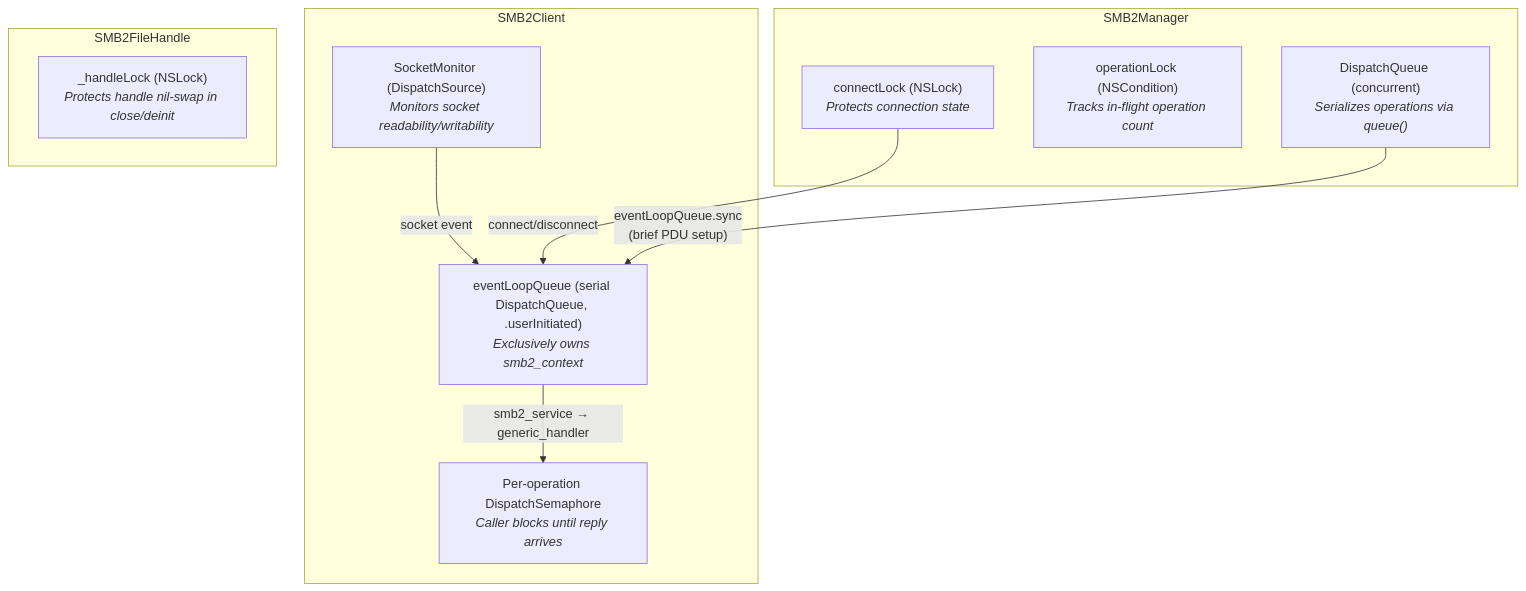
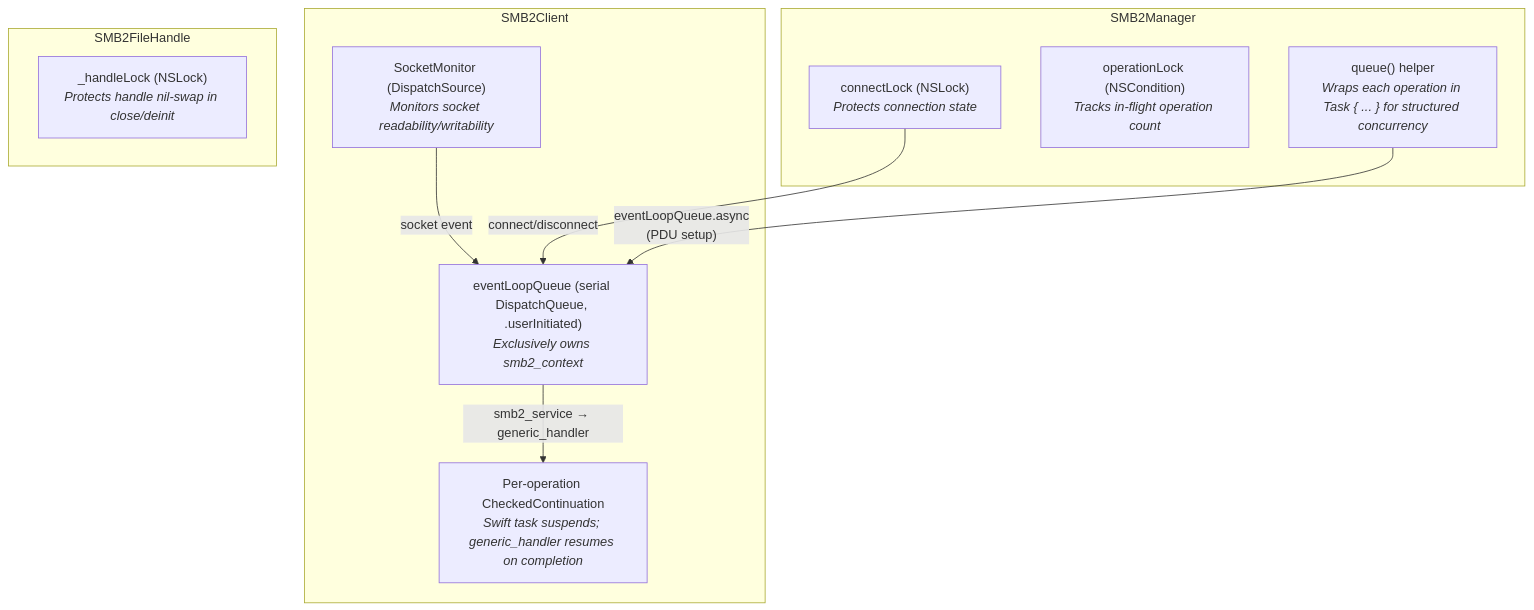
One commit to simplekube-ro/AMSMB2 changed the fourth of 6 diagrams in docs/ARCHITECTURE.md. Above: the diagram before and after it, drawn with Mermaid. The commit also changed other lines of this file and 5 other files, not shown here.

````diff
--- a/docs/ARCHITECTURE.md
+++ b/docs/ARCHITECTURE.md
@@ -107,23 +106,23 @@
 ```mermaid
 graph TB
     subgraph SMB2Manager
         CL["connectLock (NSLock)<br/><i>Protects connection state</i>"]
         OL["operationLock (NSCondition)<br/><i>Tracks in-flight operation count</i>"]
-        DQ["DispatchQueue (concurrent)<br/><i>Serializes operations via queue()</i>"]
+        DQ["queue() helper<br/><i>Wraps each operation in Task { ... } for structured concurrency</i>"]
     end
 
     subgraph SMB2Client
         ELQ["eventLoopQueue (serial DispatchQueue, .userInitiated)<br/><i>Exclusively owns smb2_context</i>"]
         SM["SocketMonitor (DispatchSource)<br/><i>Monitors socket readability/writability</i>"]
-        SEM["Per-operation DispatchSemaphore<br/><i>Caller blocks until reply arrives</i>"]
+        CONT["Per-operation CheckedContinuation<br/><i>Swift task suspends; generic_handler resumes on completion</i>"]
     end
 
     subgraph SMB2FileHandle
         HL["_handleLock (NSLock)<br/><i>Protects handle nil-swap in close/deinit</i>"]
     end
 
-    DQ -->|"eventLoopQueue.sync<br/>(brief PDU setup)"| ELQ
+    DQ -->|"eventLoopQueue.async<br/>(PDU setup)"| ELQ
     SM -->|"socket event"| ELQ
-    ELQ -->|"smb2_service → generic_handler"| SEM
+    ELQ -->|"smb2_service → generic_handler"| CONT
     CL -->|"connect/disconnect"| ELQ
 ```
````
